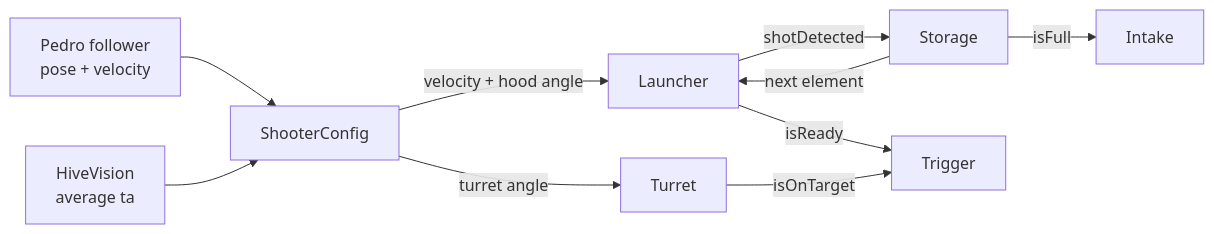
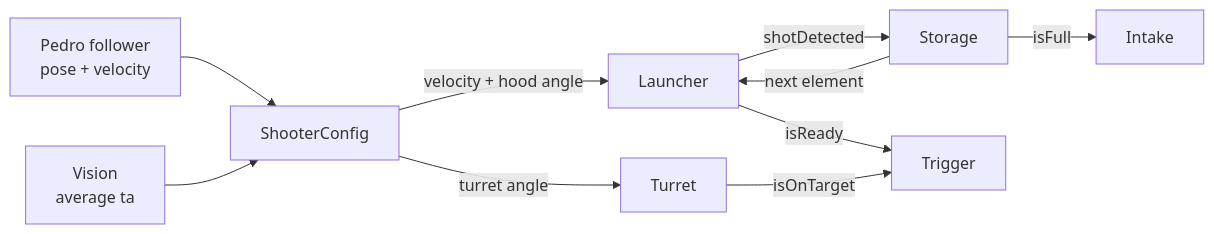
Before and after one commit to sharpfacerobotics/SFRBioBuzz: the diagram in README.md, drawn with Mermaid. The commit also changed other lines of this file and 16 other files, not shown here.

````diff
--- a/README.md
+++ b/README.md
@@ -69,12 +69,12 @@
 ```mermaid
 flowchart LR
     F[Pedro follower<br/>pose + velocity] --> SC[ShooterConfig]
-    HV[HiveVision<br/>average ta] --> SC
+    HV[Vision<br/>average ta] --> SC
     SC -- turret angle --> T[Turret]
     SC -- velocity + hood angle --> L[Launcher]
     S[Storage] -- next element --> L
     S -- isFull --> I[Intake]
     L -- isReady --> TR[Trigger]
     T -- isOnTarget --> TR
     L -- shotDetected --> S
 ```
````
